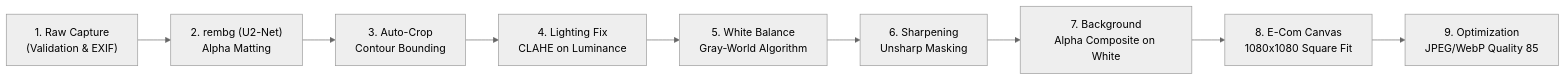
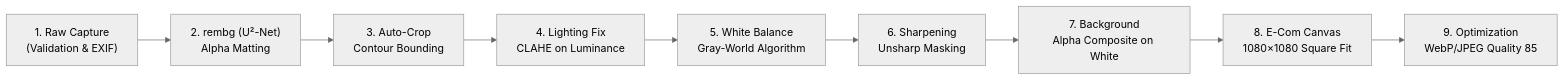
The second of 10 diagrams in docs/ARCHITECTURE.md (kan9667/kalasetu), drawn with Mermaid (neutral theme) before and after one commit. The commit also changed other lines of this file and 1 other file, not shown here.

First line of the commit message:
docs: consolidate ARCHITECTURE.md as single source of truth

````diff
--- a/docs/ARCHITECTURE.md
+++ b/docs/ARCHITECTURE.md
@@ -99,11 +375,20 @@
 ```mermaid
 flowchart LR
-    A["1. Raw Capture\n(Validation & EXIF)"] --> B["2. rembg (U2-Net)\nAlpha Matting"]
-    B --> C["3. Auto-Crop\nContour Bounding"]
-    C --> D["4. Lighting Fix\nCLAHE on Luminance"]
-    D --> E["5. White Balance\nGray-World Algorithm"]
-    E --> F["6. Sharpening\nUnsharp Masking"]
-    F --> G["7. Background\nAlpha Composite on White"]
-    G --> H["8. E-Com Canvas\n1080x1080 Square Fit"]
-    H --> I["9. Optimization\nJPEG/WebP Quality 85"]
+    A["1. Raw Capture
+(Validation & EXIF)"] --> B["2. rembg (U²-Net)
+Alpha Matting"]
+    B --> C["3. Auto-Crop
+Contour Bounding"]
+    C --> D["4. Lighting Fix
+CLAHE on Luminance"]
+    D --> E["5. White Balance
+Gray-World Algorithm"]
+    E --> F["6. Sharpening
+Unsharp Masking"]
+    F --> G["7. Background
+Alpha Composite on White"]
+    G --> H["8. E-Com Canvas
+1080×1080 Square Fit"]
+    H --> I["9. Optimization
+WebP/JPEG Quality 85"]
 ```
````
